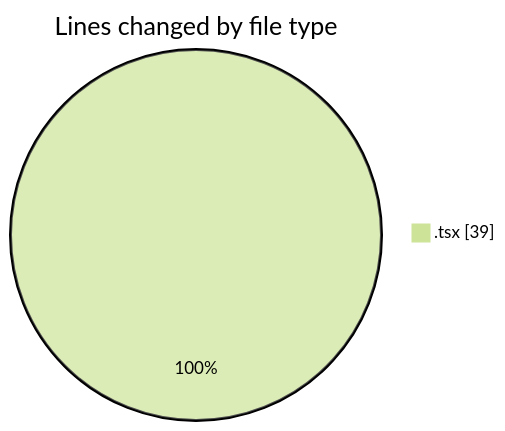
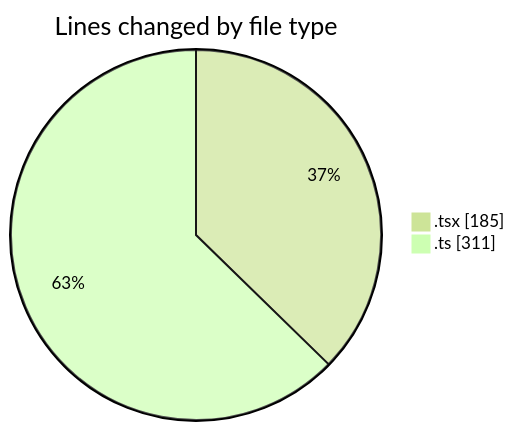
One commit to julien-gomy/code-tracking changed the first of 2 diagrams in 2025-11-22/eventscop-frontend-guide__workspace_/README.md. Above: the diagram before and after it, drawn with Mermaid (forest theme). The commit also changed other lines of this file and 1 other file, not shown here.

````diff
--- a/2025-11-22/eventscop-frontend-guide__workspace_/README.md
+++ b/2025-11-22/eventscop-frontend-guide__workspace_/README.md
@@ -22,5 +24,6 @@
 ```mermaid
 pie showData
 title Lines changed by file type
-".tsx" : 39
+".tsx" : 185
+".ts" : 311
 ```
````
